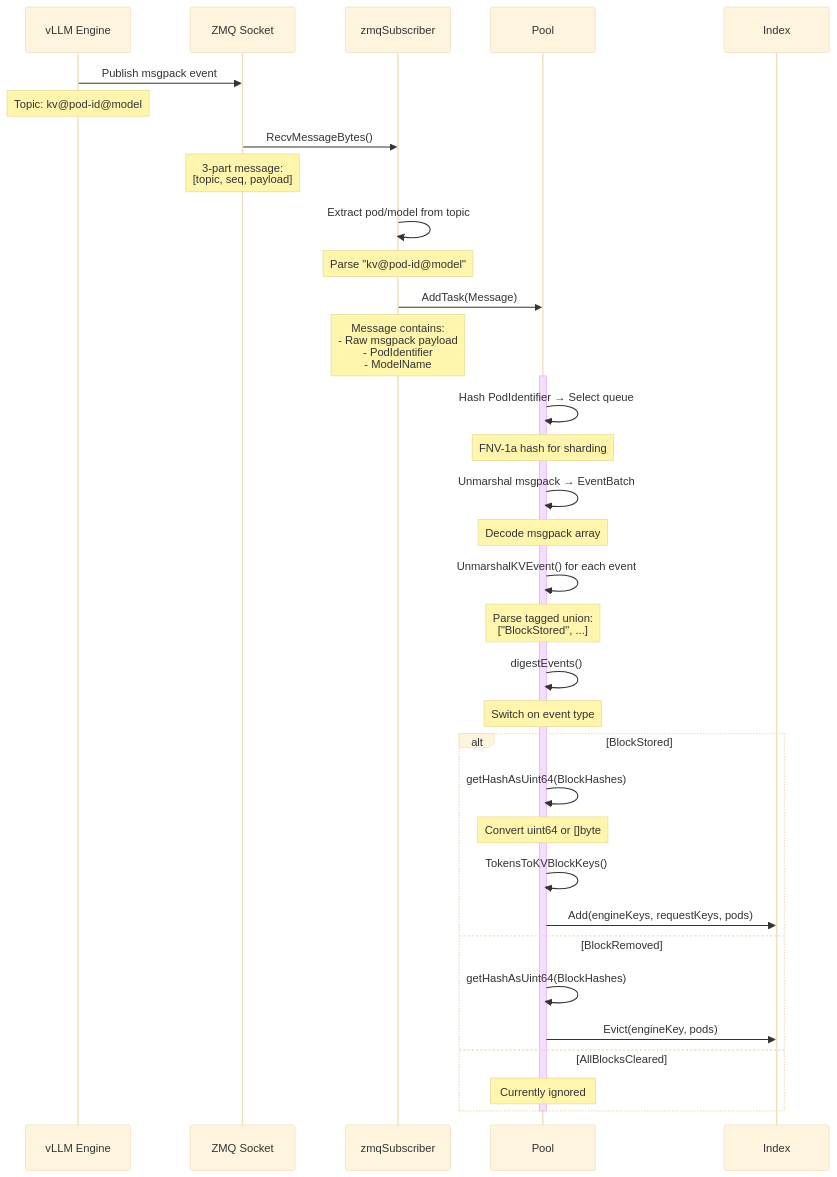
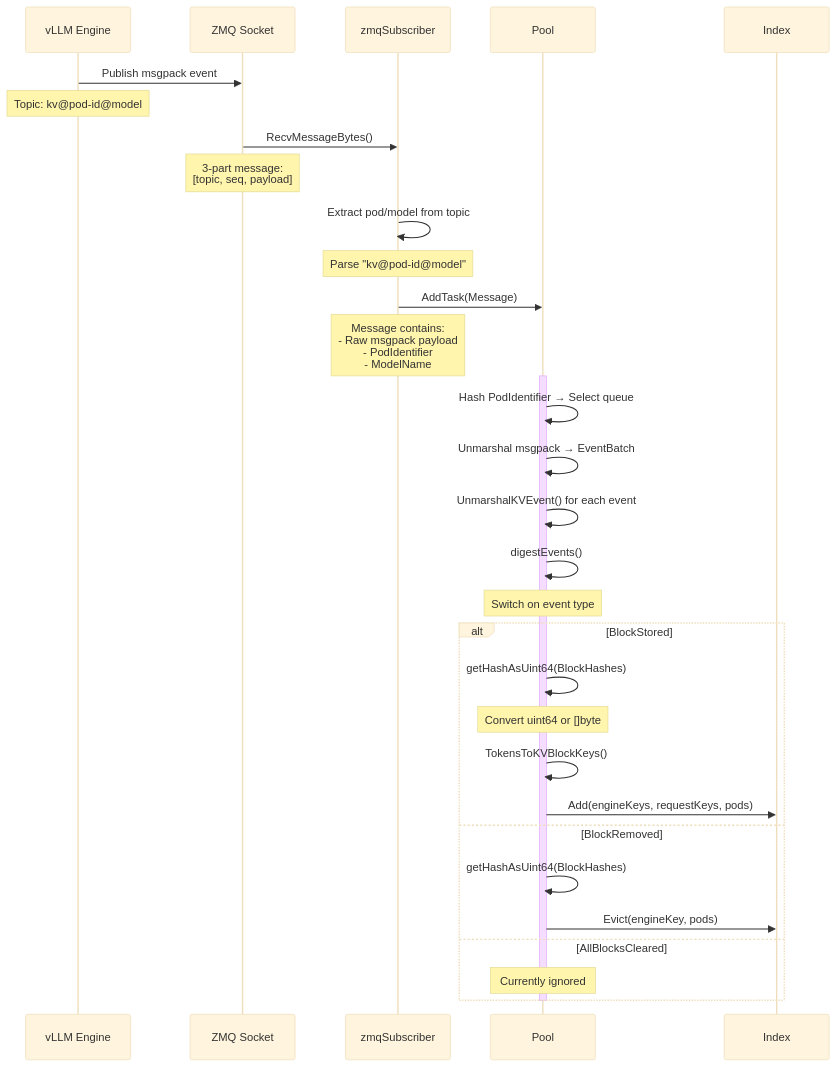
One commit to NaomiEisen/llm-d-kv-cache changed the second of 5 diagrams in pkg/kvevents/kv-abstraction-design.md. Above: the diagram before and after it, drawn with Mermaid (base theme).

Commit message:
Add design plan

````diff
--- a/pkg/kvevents/kv-abstraction-design.md
+++ b/pkg/kvevents/kv-abstraction-design.md
@@ -171,47 +171,44 @@
 ```mermaid
 sequenceDiagram
     participant vLLM as vLLM Engine
     participant ZMQ as ZMQ Socket
     participant Subscriber as zmqSubscriber
     participant Pool as Pool
     participant Index as Index
     
     vLLM->>ZMQ: Publish msgpack event
     Note over vLLM: Topic: kv@pod-id@model
     
     ZMQ->>Subscriber: RecvMessageBytes()
     Note over ZMQ: 3-part message:<br/>[topic, seq, payload]
     
     Subscriber->>Subscriber: Extract pod/model from topic
     Note over Subscriber: Parse "kv@pod-id@model"
     
     Subscriber->>Pool: AddTask(Message)
     Note over Subscriber: Message contains:<br/>- Raw msgpack payload<br/>- PodIdentifier<br/>- ModelName
     
     activate Pool
     Pool->>Pool: Hash PodIdentifier → Select queue
-    Note over Pool: FNV-1a hash for sharding
     
     Pool->>Pool: Unmarshal msgpack → EventBatch
-    Note over Pool: Decode msgpack array
     
     Pool->>Pool: UnmarshalKVEvent() for each event
-    Note over Pool: Parse tagged union:<br/>["BlockStored", ...]
     
     Pool->>Pool: digestEvents()
     Note over Pool: Switch on event type
     
     alt BlockStored
         Pool->>Pool: getHashAsUint64(BlockHashes)
         Note over Pool: Convert uint64 or []byte
         Pool->>Pool: TokensToKVBlockKeys()
         Pool->>Index: Add(engineKeys, requestKeys, pods)
     else BlockRemoved
         Pool->>Pool: getHashAsUint64(BlockHashes)
         Pool->>Index: Evict(engineKey, pods)
     else AllBlocksCleared
         Note over Pool: Currently ignored
     end
     
     deactivate Pool
 ```
````
